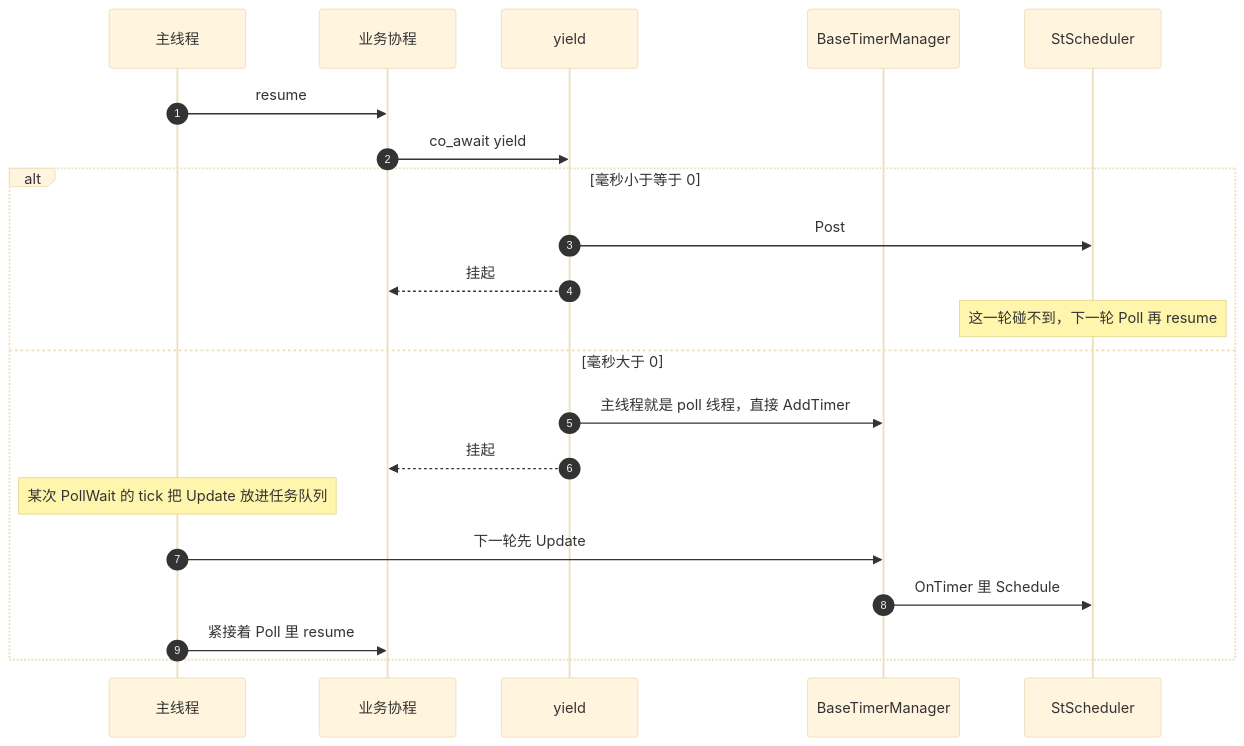
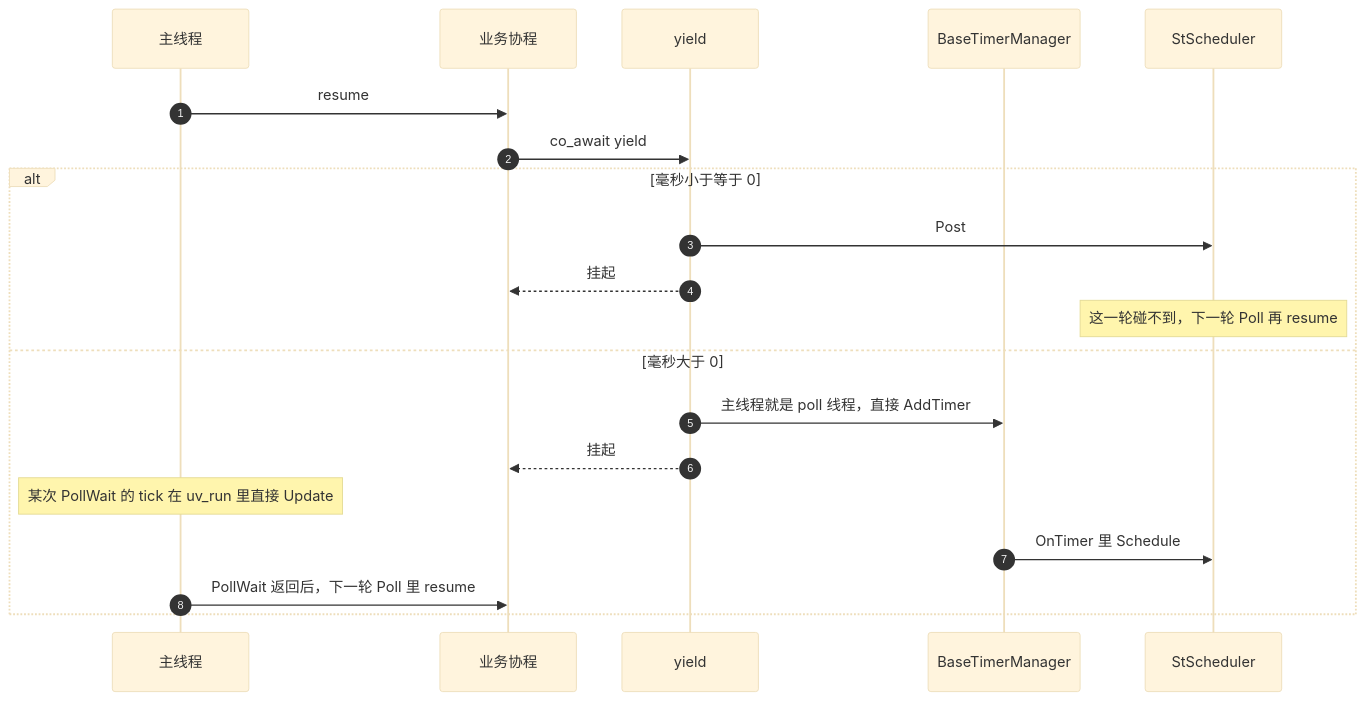
Before and after one commit to orikiaru/openidea: the diagram in docs/sequence-diagram/single-thread/yield.md, drawn with Mermaid (base theme). The commit also changed 11 other files, not shown here.

````diff
--- a/docs/sequence-diagram/single-thread/yield.md
+++ b/docs/sequence-diagram/single-thread/yield.md
@@ -7,24 +7,23 @@
 ```mermaid
 sequenceDiagram
     autonumber
     participant Main as 主线程
     participant Biz as 业务协程
     participant Yld as yield
     participant Timer as BaseTimerManager
     participant Queue as StScheduler
 
     Main->>Biz: resume
     Biz->>Yld: co_await yield
     alt 毫秒小于等于 0
         Yld->>Queue: Post
         Yld-->>Biz: 挂起
         Note over Queue: 这一轮碰不到，下一轮 Poll 再 resume
     else 毫秒大于 0
         Yld->>Timer: 主线程就是 poll 线程，直接 AddTimer
         Yld-->>Biz: 挂起
-        Note over Main: 某次 PollWait 的 tick 把 Update 放进任务队列
-        Main->>Timer: 下一轮先 Update
+        Note over Main: 某次 PollWait 的 tick 在 uv_run 里直接 Update
         Timer->>Queue: OnTimer 里 Schedule
-        Main->>Biz: 紧接着 Poll 里 resume
+        Main->>Biz: PollWait 返回后，下一轮 Poll 里 resume
     end
 ```
````
